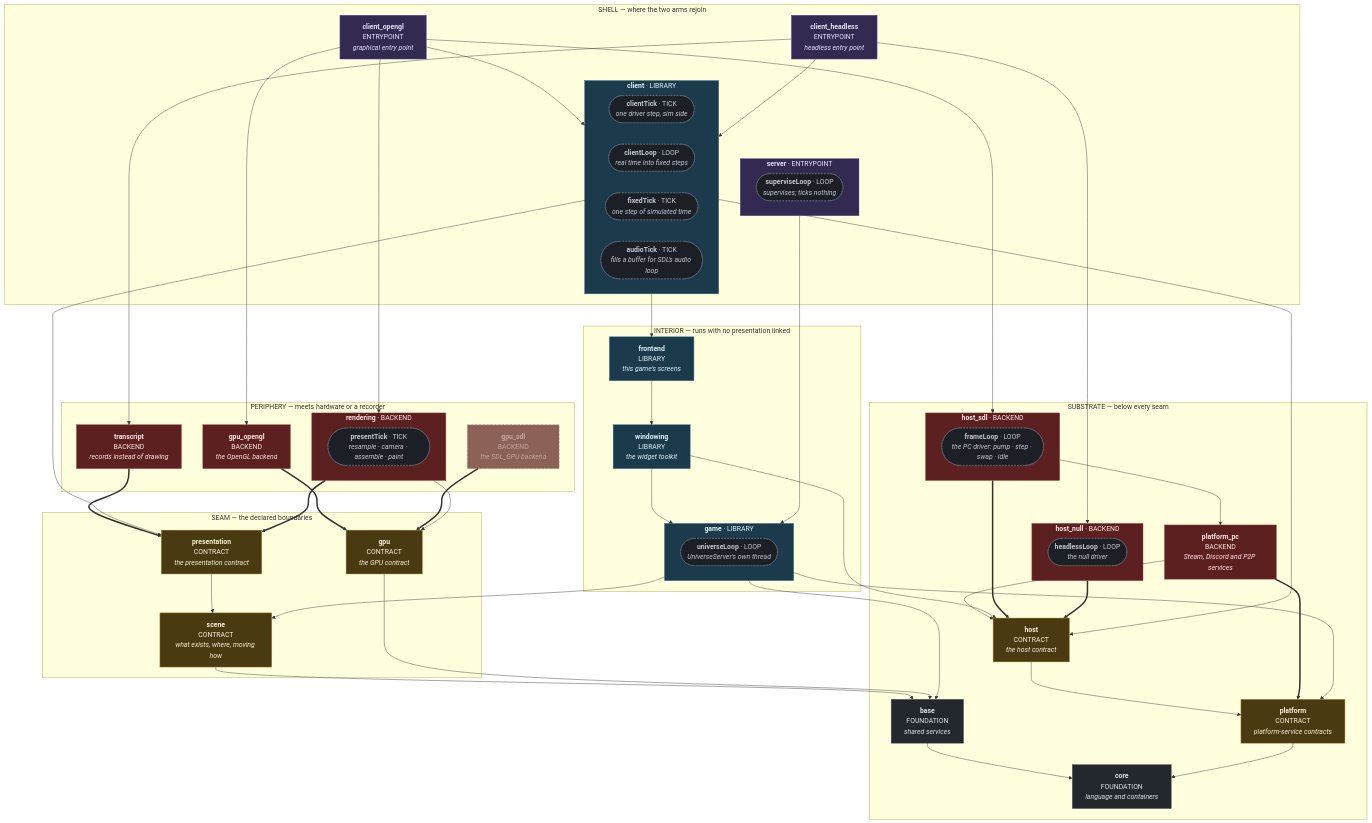
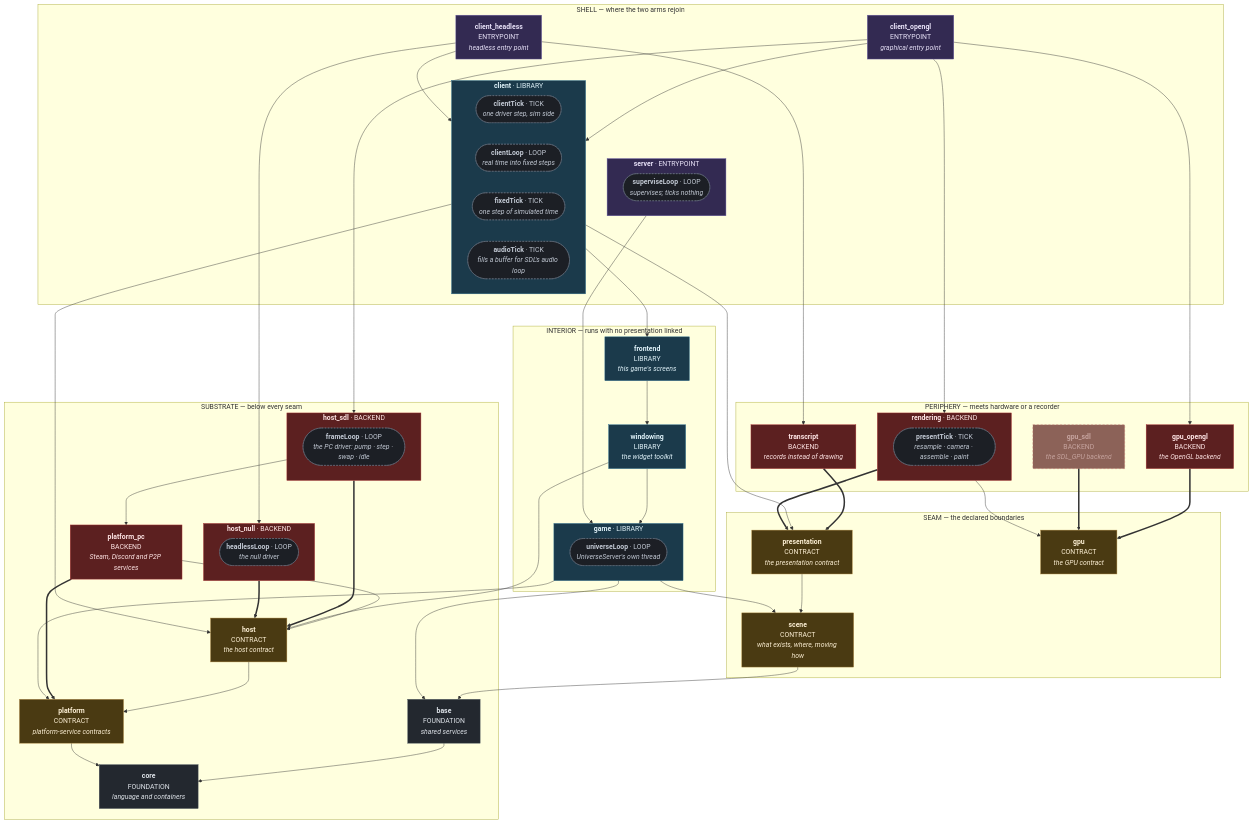
One commit to apnex/OpenStarbound changed the second of 2 diagrams in docs/superpowers/specs/2026-08-01-sovereign-headless-client-design.md. Above: the diagram before and after it, drawn with Mermaid. The commit also changed other lines of this file and 1 other file, not shown here.

First line of the commit message:
docs(spec): state that the diagram is compile-time only; fix three defects it hid

```diff
--- a/docs/superpowers/specs/2026-08-01-sovereign-headless-client-design.md
+++ b/docs/superpowers/specs/2026-08-01-sovereign-headless-client-design.md
@@ -530,7 +558,6 @@
   shell --> host
   scene --> base
   contract --> scene
-  gpu --> base
   game --> base
   game --> scene
   win --> game
```
